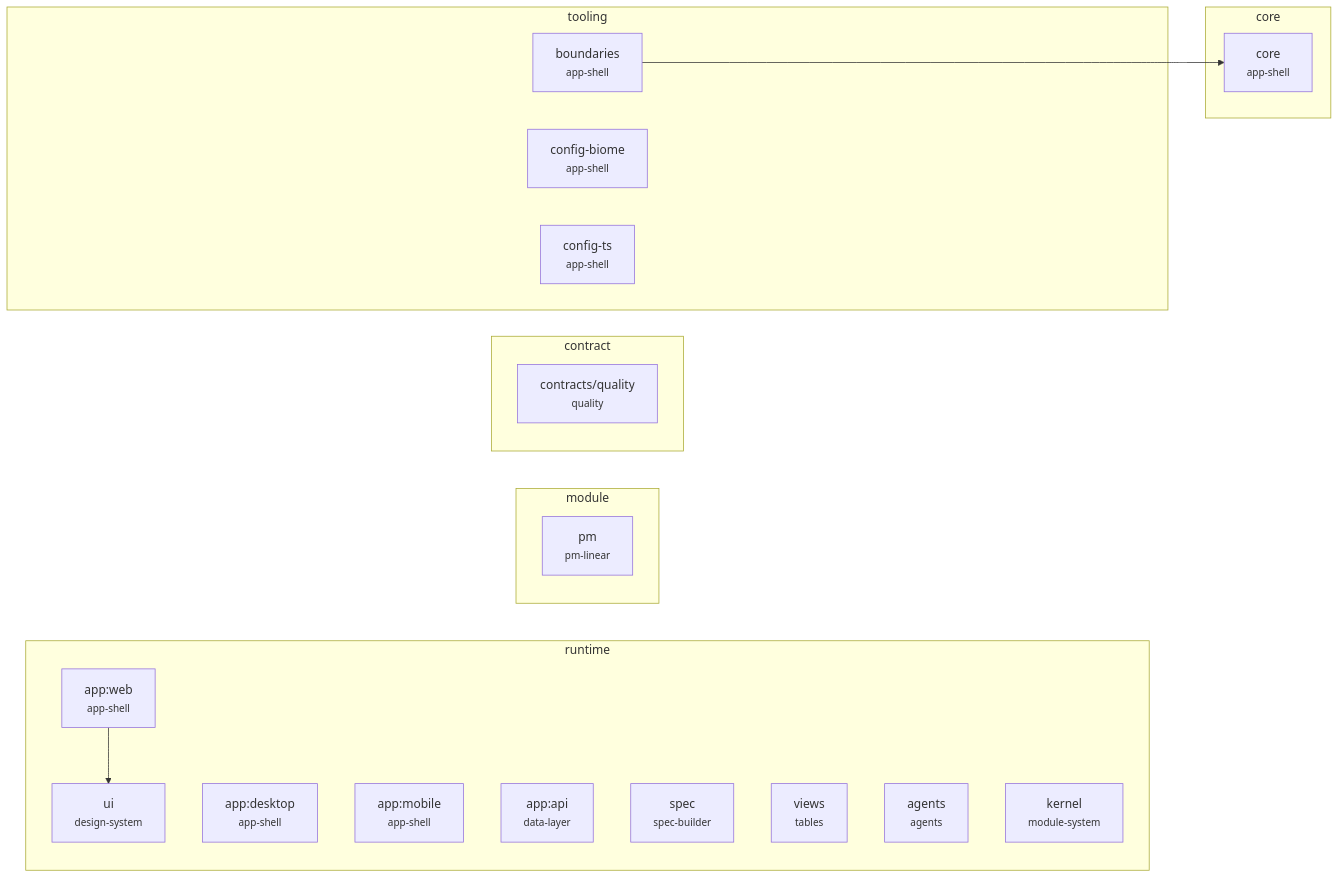
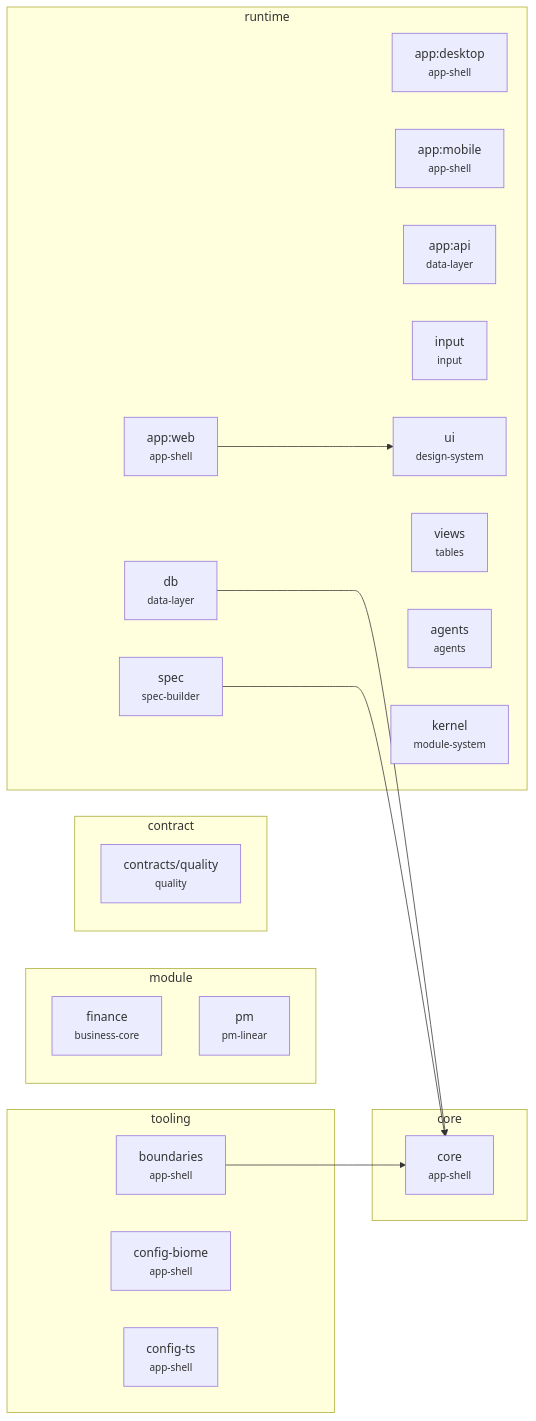
Before and after one commit to imagine-os/empty-11: the first of 2 diagrams in docs/platform/dependency-map.md, drawn with Mermaid. The commit also changed other lines of this file and 8 other files, not shown here.

First line of the commit message:
chore(PAP-305): cover packages/input and regenerate the boundary map

````diff
--- a/docs/platform/dependency-map.md
+++ b/docs/platform/dependency-map.md
@@ -15,30 +15,35 @@
 ```mermaid
 flowchart LR
   subgraph core["core"]
     packages_core["core<br/><small>app-shell</small>"]
   end
   subgraph runtime["runtime"]
     apps_web["app:web<br/><small>app-shell</small>"]
     apps_desktop["app:desktop<br/><small>app-shell</small>"]
     apps_mobile["app:mobile<br/><small>app-shell</small>"]
     apps_api["app:api<br/><small>data-layer</small>"]
+    packages_db["db<br/><small>data-layer</small>"]
+    packages_input["input<br/><small>input</small>"]
     packages_spec["spec<br/><small>spec-builder</small>"]
     packages_ui["ui<br/><small>design-system</small>"]
     packages_views["views<br/><small>tables</small>"]
     packages_agents["agents<br/><small>agents</small>"]
     packages_kernel["kernel<br/><small>module-system</small>"]
   end
   subgraph module["module"]
+    packages_finance["finance<br/><small>business-core</small>"]
     packages_pm["pm<br/><small>pm-linear</small>"]
   end
   subgraph contract["contract"]
     packages_contracts_quality["contracts/quality<br/><small>quality</small>"]
   end
   subgraph tooling["tooling"]
     packages_boundaries["boundaries<br/><small>app-shell</small>"]
     packages_config_biome["config-biome<br/><small>app-shell</small>"]
     packages_config_ts["config-ts<br/><small>app-shell</small>"]
   end
   apps_web --> packages_ui
   packages_boundaries --> packages_core
+  packages_db --> packages_core
+  packages_spec --> packages_core
 ```
````
